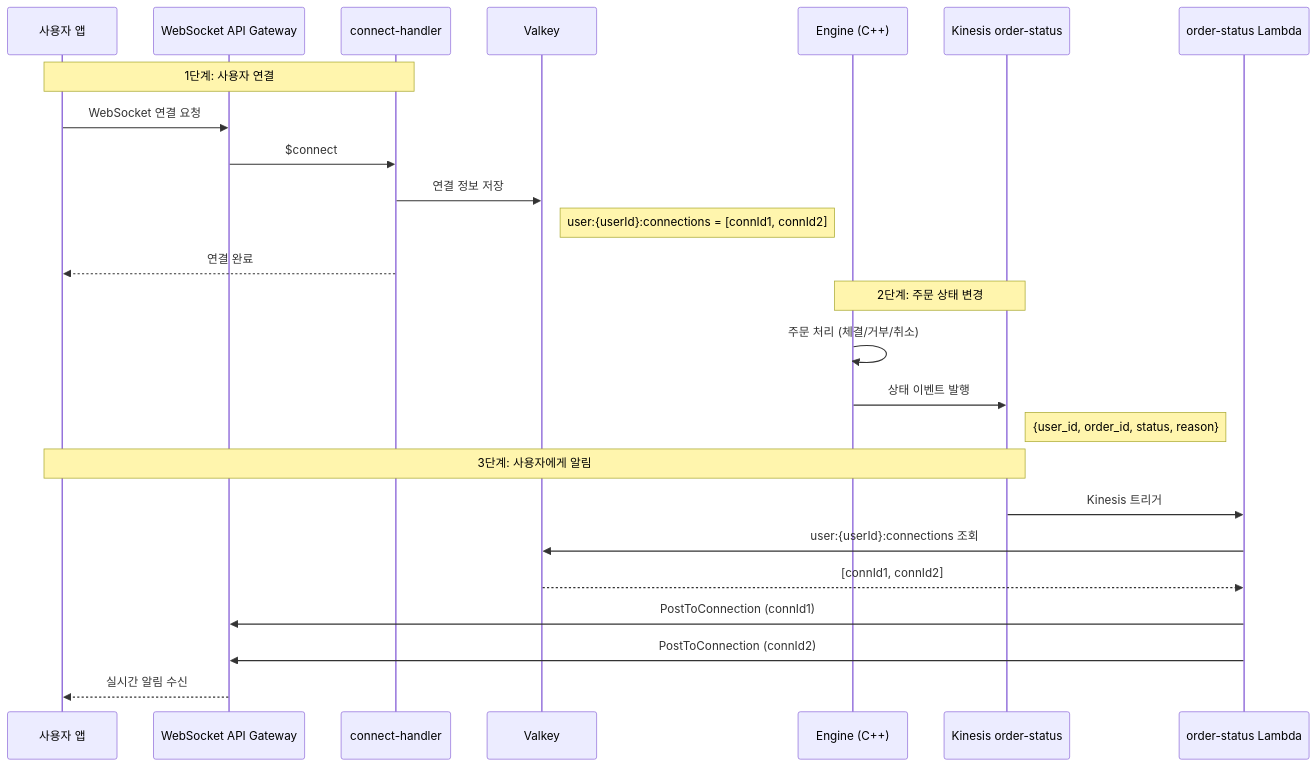
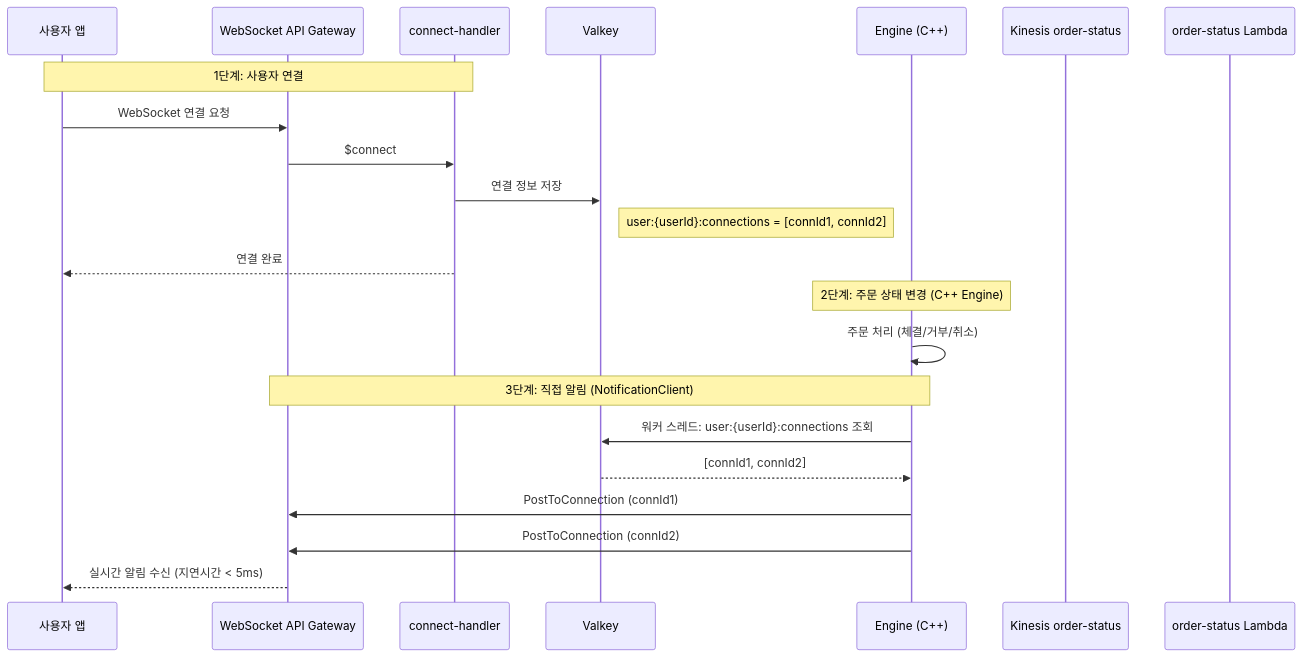
One commit to Ustock-Organization/liquibook changed the fourth of 5 diagrams in AWS_ARCHITECTURE.md. Above: the diagram before and after it, drawn with Mermaid. The commit also changed other lines of this file and 6 other files, not shown here.

Commit message:
feat: Add web exchange terminal, AWS Lambda order router, C++ market data/notification wrappers, and trade verification, updating AWS architecture.

````diff
--- a/AWS_ARCHITECTURE.md
+++ b/AWS_ARCHITECTURE.md
@@ -250,30 +250,27 @@
 ```mermaid
 sequenceDiagram
     participant U as 사용자 앱
     participant WS as WebSocket API Gateway
     participant L1 as connect-handler
     participant V as Valkey
     participant E as Engine (C++)
     participant K as Kinesis order-status
     participant L2 as order-status Lambda
     
     Note over U,L1: 1단계: 사용자 연결
     U->>WS: WebSocket 연결 요청
     WS->>L1: $connect
     L1->>V: 연결 정보 저장
     Note right of V: user:{userId}:connections = [connId1, connId2]
     L1-->>U: 연결 완료
     
-    Note over E,K: 2단계: 주문 상태 변경
+    Note over E: 2단계: 주문 상태 변경 (C++ Engine)
     E->>E: 주문 처리 (체결/거부/취소)
-    E->>K: 상태 이벤트 발행
-    Note right of K: {user_id, order_id, status, reason}
     
-    Note over K,U: 3단계: 사용자에게 알림
-    K->>L2: Kinesis 트리거
-    L2->>V: user:{userId}:connections 조회
-    V-->>L2: [connId1, connId2]
-    L2->>WS: PostToConnection (connId1)
-    L2->>WS: PostToConnection (connId2)
-    WS-->>U: 실시간 알림 수신
+    Note over E,WS: 3단계: 직접 알림 (NotificationClient)
+    E->>V: 워커 스레드: user:{userId}:connections 조회
+    V-->>E: [connId1, connId2]
+    E->>WS: PostToConnection (connId1)
+    E->>WS: PostToConnection (connId2)
+    WS-->>U: 실시간 알림 수신 (지연시간 < 5ms)
 ```
````
